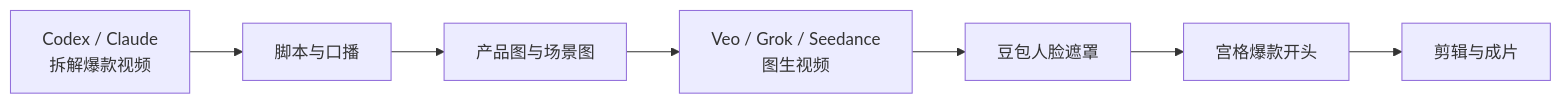
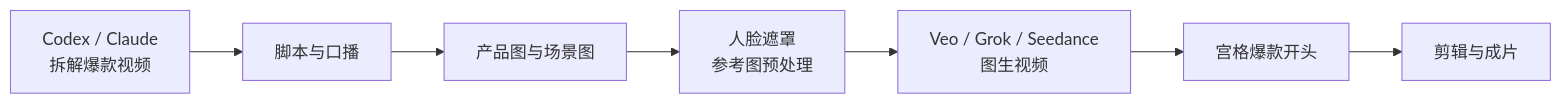
Before and after one commit to Longxiaohao/AIvideo: the diagram in README.md, drawn with Mermaid. The commit also changed other lines of this file and 9 other files, not shown here.

````diff
--- a/README.md
+++ b/README.md
@@ -32,9 +32,9 @@
 ```mermaid
 flowchart LR
     A["Codex / Claude<br/>拆解爆款视频"] --> B["脚本与口播"]
     B --> C["产品图与场景图"]
-    C --> D["Veo / Grok / Seedance<br/>图生视频"]
-    D --> E["豆包人脸遮罩"]
+    C --> D["人脸遮罩<br/>参考图预处理"]
+    D --> E["Veo / Grok / Seedance<br/>图生视频"]
     E --> F["宫格爆款开头"]
     F --> G["剪辑与成片"]
 ```
````
